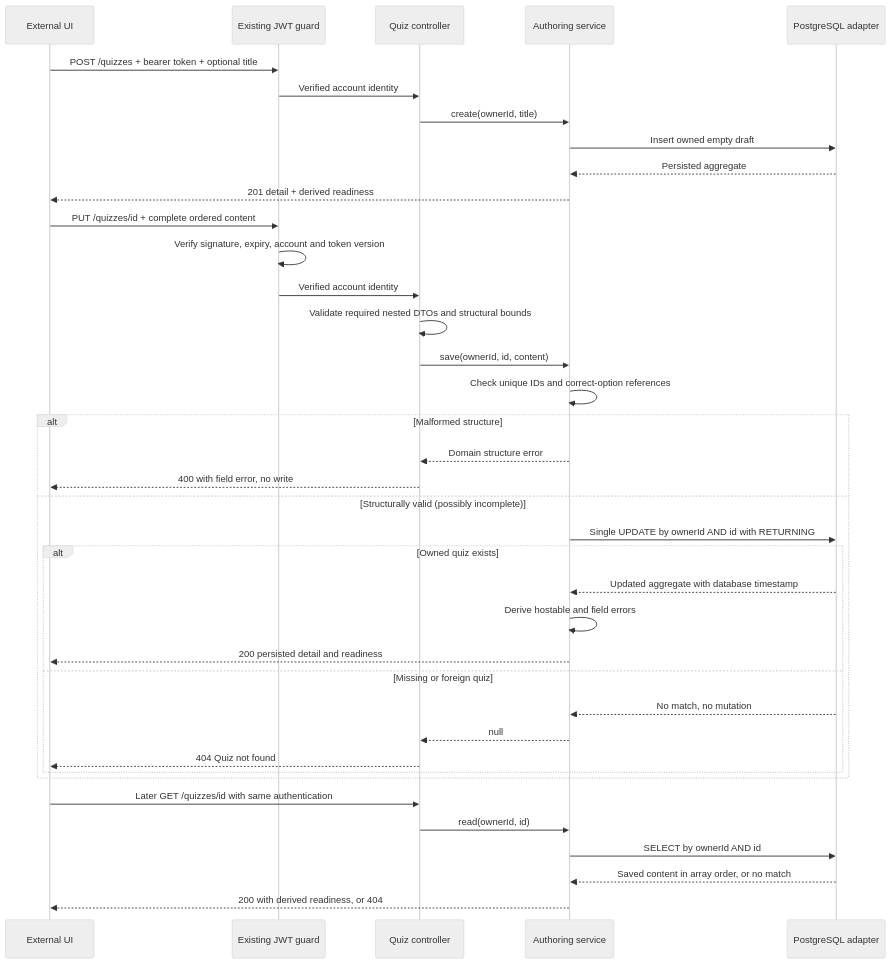
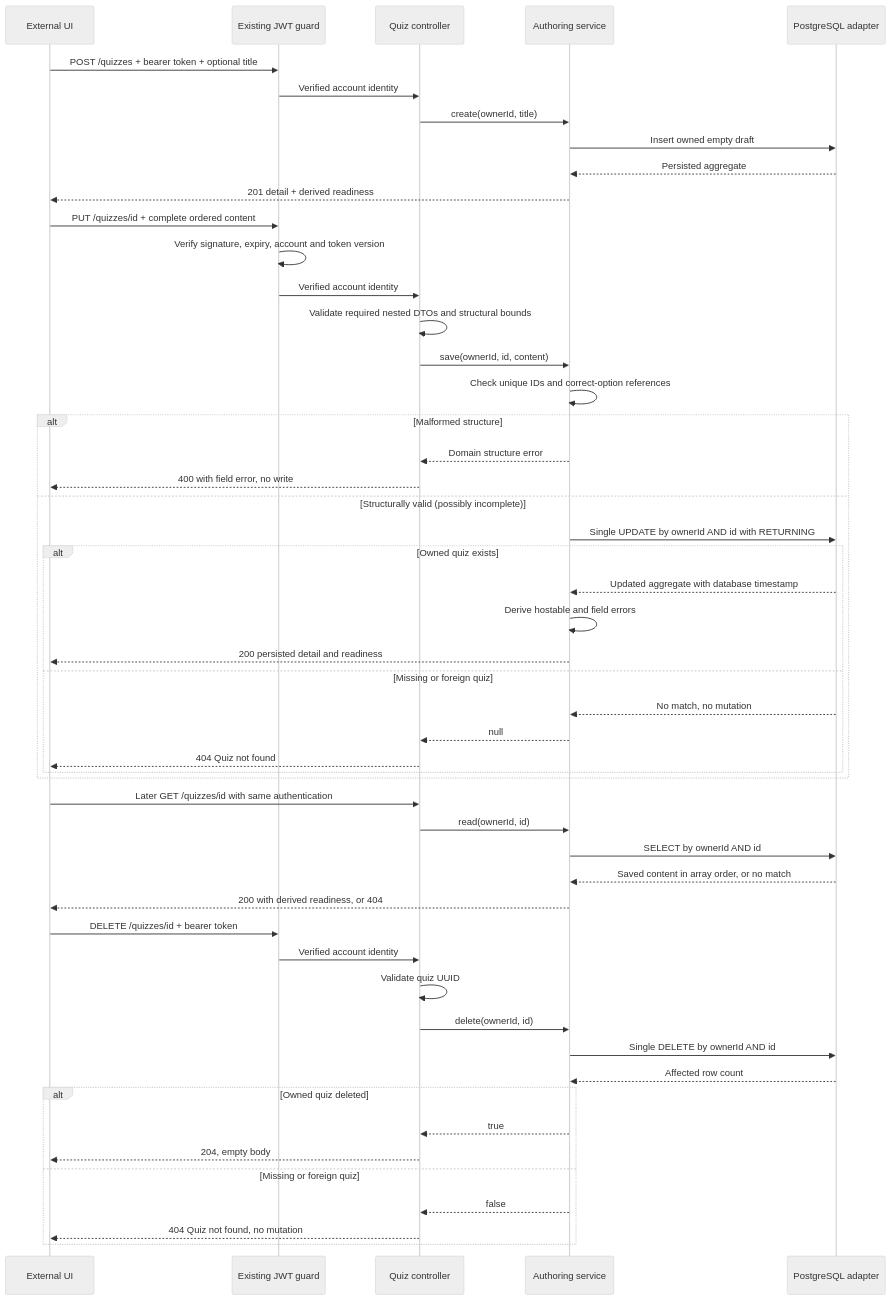
One commit to CusmaLinux/robinhoot changed the second of 3 diagrams in docs/architecture/quiz-drafts.md. Above: the diagram before and after it, drawn with Mermaid (neutral theme). The commit also changed other lines of this file and 18 other files, not shown here.

Commit message:
feat: delete owned quizzes and complete authoring handoff (#49) (#70)

````diff
--- a/docs/architecture/quiz-drafts.md
+++ b/docs/architecture/quiz-drafts.md
@@ -21,40 +21,53 @@
 ```mermaid
 sequenceDiagram
     participant UI as External UI
     participant Auth as Existing JWT guard
     participant HTTP as Quiz controller
     participant App as Authoring service
     participant DB as PostgreSQL adapter
     UI->>Auth: POST /quizzes + bearer token + optional title
     Auth->>HTTP: Verified account identity
     HTTP->>App: create(ownerId, title)
     App->>DB: Insert owned empty draft
     DB-->>App: Persisted aggregate
     App-->>UI: 201 detail + derived readiness
     UI->>Auth: PUT /quizzes/id + complete ordered content
     Auth->>Auth: Verify signature, expiry, account and token version
     Auth->>HTTP: Verified account identity
     HTTP->>HTTP: Validate required nested DTOs and structural bounds
     HTTP->>App: save(ownerId, id, content)
     App->>App: Check unique IDs and correct-option references
     alt Malformed structure
       App-->>HTTP: Domain structure error
       HTTP-->>UI: 400 with field error, no write
     else Structurally valid (possibly incomplete)
       App->>DB: Single UPDATE by ownerId AND id with RETURNING
       alt Owned quiz exists
         DB-->>App: Updated aggregate with database timestamp
         App->>App: Derive hostable and field errors
         App-->>UI: 200 persisted detail and readiness
       else Missing or foreign quiz
         DB-->>App: No match, no mutation
         App-->>HTTP: null
         HTTP-->>UI: 404 Quiz not found
       end
     end
     UI->>HTTP: Later GET /quizzes/id with same authentication
     HTTP->>App: read(ownerId, id)
     App->>DB: SELECT by ownerId AND id
     DB-->>App: Saved content in array order, or no match
     App-->>UI: 200 with derived readiness, or 404
+    UI->>Auth: DELETE /quizzes/id + bearer token
+    Auth->>HTTP: Verified account identity
+    HTTP->>HTTP: Validate quiz UUID
+    HTTP->>App: delete(ownerId, id)
+    App->>DB: Single DELETE by ownerId AND id
+    DB-->>App: Affected row count
+    alt Owned quiz deleted
+      App-->>HTTP: true
+      HTTP-->>UI: 204, empty body
+    else Missing or foreign quiz
+      App-->>HTTP: false
+      HTTP-->>UI: 404 Quiz not found, no mutation
+    end
 ```
````
